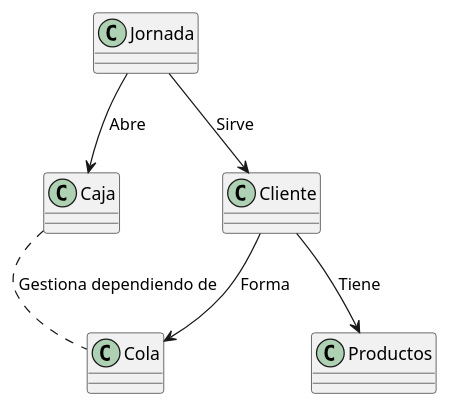
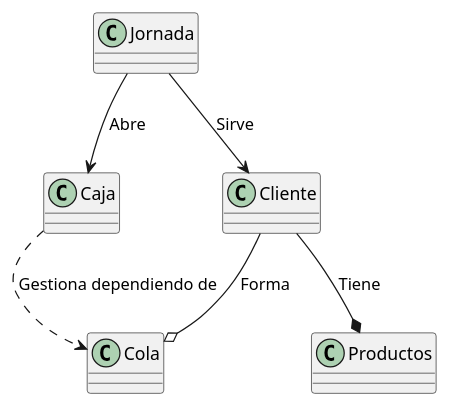
One commit to mmasias/24-25-IdSw2-SDD changed the diagram in modelosUML/diagramaClases.puml. Above: the diagram before and after it, drawn with PlantUML.

Commit message:
Relaciones entre clases

```diff
--- a/modelosUML/diagramaClases.puml
+++ b/modelosUML/diagramaClases.puml
@@ -1,18 +1,20 @@
 @startuml
 
 class Jornada {
 }
 class Caja {
 }
 class Cola {
 }
+class Cliente {
+}
 class Productos {
 }
 
 Jornada --> Caja : "Abre"
 Jornada --> Cliente : "Sirve"
-Cliente --> Productos : "Tiene"
-Cliente --> Cola : "Forma"
-Caja .. Cola : "Gestiona dependiendo de"
+Cliente --* Productos : "Tiene"
+Cliente --o Cola : "Forma"
+Caja ..> Cola : "Gestiona dependiendo de"
 
 @enduml
```
